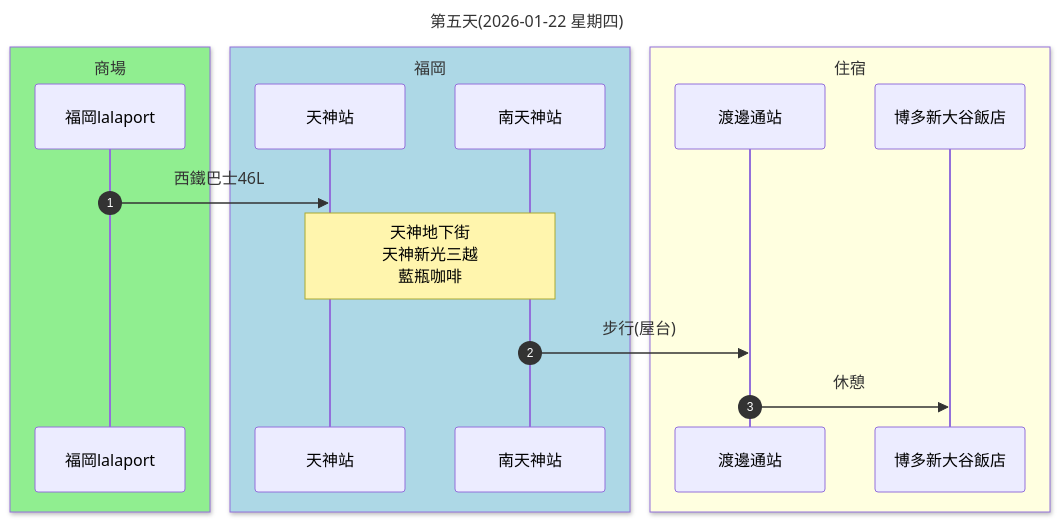
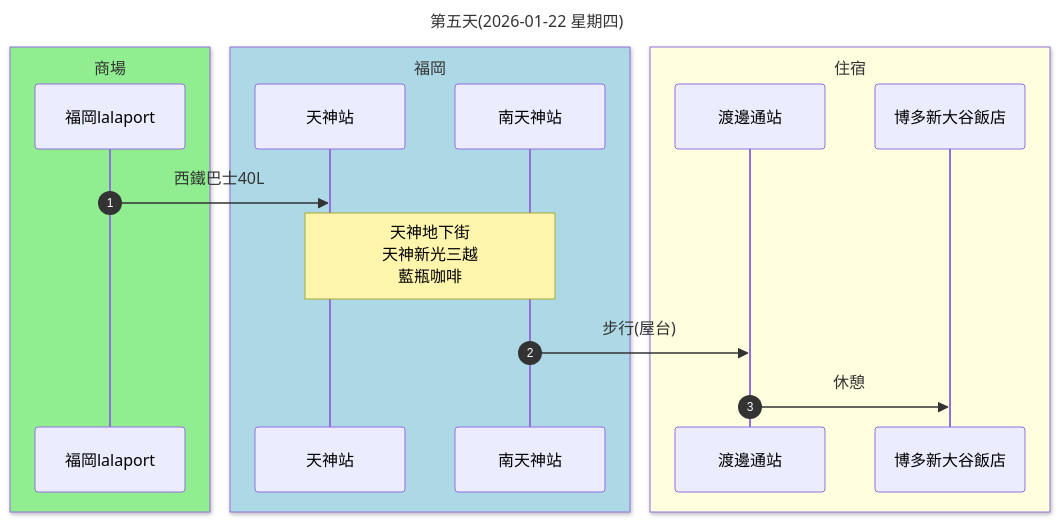
Diagram 12 of 14 in 行程規劃A.md (Shuming-Yang/2026-January-Trip), drawn with Mermaid before and after one commit. The commit also changed other lines of this file, not shown here.

````diff
--- a/行程規劃A.md
+++ b/行程規劃A.md
@@ -360,21 +395,21 @@
 ```mermaid
 sequenceDiagram
     autonumber
     title: 第五天(2026-01-22 星期四)
     box lightgreen 商場
     participant A as 福岡lalaport
     end
     box lightblue 福岡
     participant B1 as 天神站
     participant B2 as 南天神站
     end
     box lightyellow 住宿
     participant C1 as 渡邊通站
     participant C2 as 博多新大谷飯店
     end
 
-    A ->> B1: 西鐵巴士46L
+    A ->> B1: 西鐵巴士40L
     Note over B1, B2:天神地下街<br>天神新光三越<br>藍瓶咖啡
     B2 ->> C1: 步行(屋台) 
     C1 ->> C2: 休憩
 ```
````
